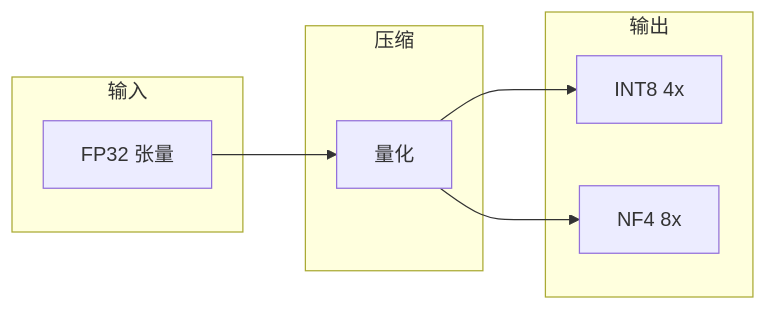
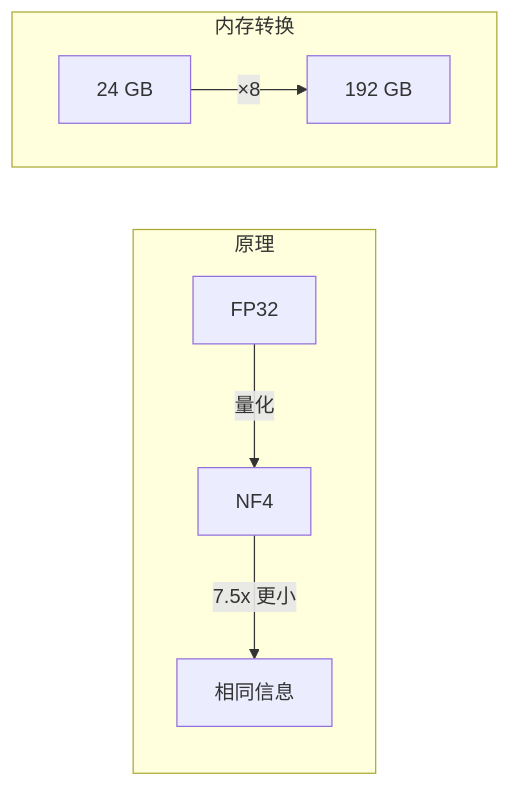
One commit to gabrielmaialva33/viva_tensor changed the first of 3 diagrams in docs/zh-cn/README.md. Above: the diagram before and after it, drawn with Mermaid. The commit also changed other lines of this file and 25 other files, not shown here.

````diff
--- a/docs/zh-cn/README.md
+++ b/docs/zh-cn/README.md
@@ -9,19 +3,15 @@
 ```mermaid
-graph LR
-    subgraph 输入
-        A[FP32 张量]
+graph TB
+    subgraph Transform["内存转换"]
+        direction LR
+        A["24 GB"] -->|"×8"| B["192 GB"]
     end
 
-    subgraph 压缩
-        B[量化]
+    subgraph How["原理"]
+        direction TB
+        C[FP32] -->|量化| D[NF4]
+        D -->|"7.5x 更小"| E[相同信息]
     end
 
-    subgraph 输出
-        C[INT8 4x]
-        D[NF4 8x]
-    end
-
-    A --> B
-    B --> C
-    B --> D
+    Transform ~~~ How
 ```
````
